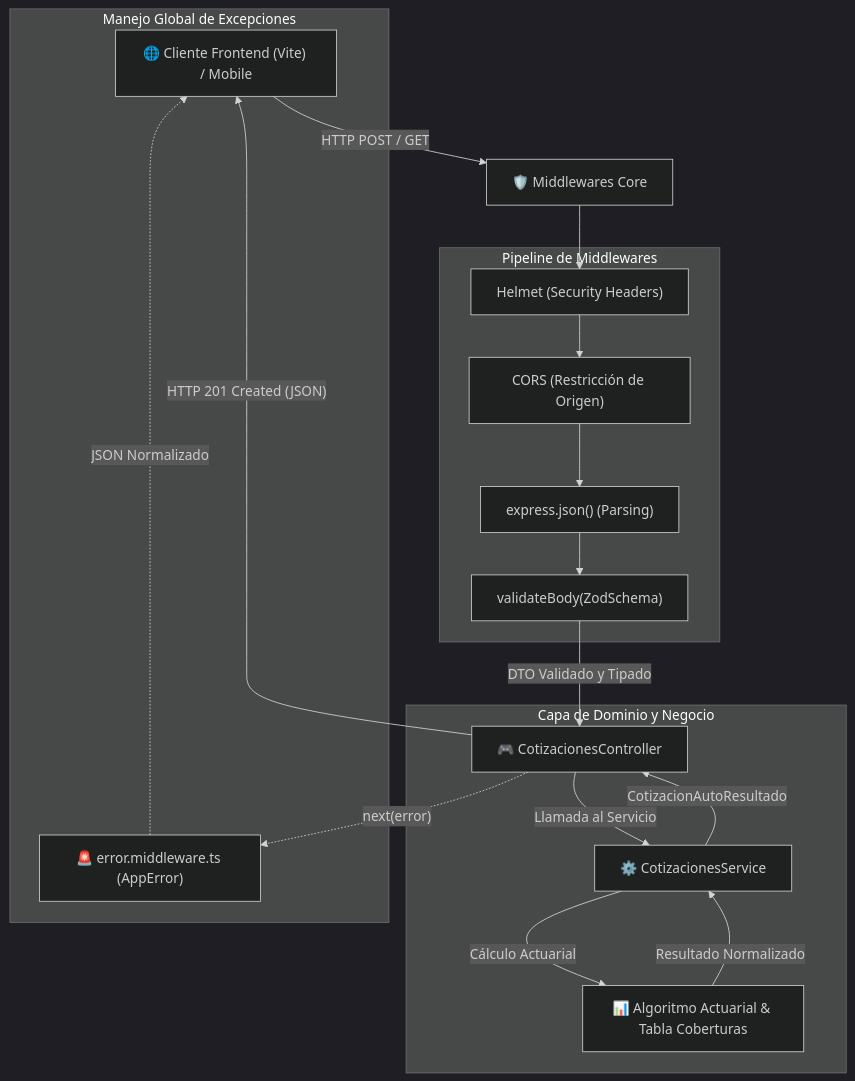
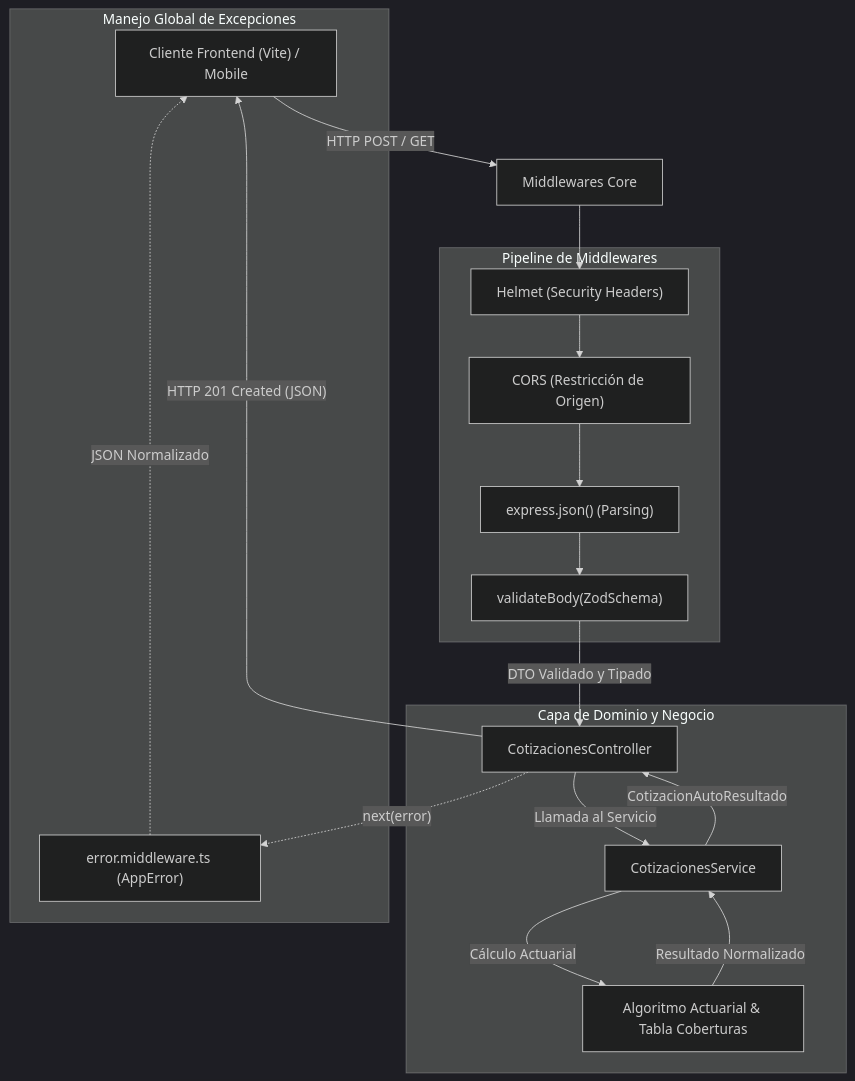
Before and after one commit to Ixion-Systems/SecureLife_BackEnd: the diagram in README.md, drawn with Mermaid (dark theme). The commit also changed other lines of this file and 1 other file, not shown here.

````diff
--- a/README.md
+++ b/README.md
@@ -53,28 +53,28 @@
 ```mermaid
 graph TD
-    Client["🌐 Cliente Frontend (Vite) / Mobile"] -->|"HTTP POST / GET"| Middlewares["🛡️ Middlewares Core"]
+    Client["Cliente Frontend (Vite) / Mobile"] -->|"HTTP POST / GET"| Middlewares["Middlewares Core"]
     
     subgraph MiddlewaresCore ["Pipeline de Middlewares"]
         M1["Helmet (Security Headers)"]
         M2["CORS (Restricción de Origen)"]
         M3["express.json() (Parsing)"]
         M4["validateBody(ZodSchema)"]
     end
     
     Middlewares --> M1 --> M2 --> M3 --> M4
-    M4 -->|"DTO Validado y Tipado"| Controller["🎮 CotizacionesController"]
+    M4 -->|"DTO Validado y Tipado"| Controller["CotizacionesController"]
     
     subgraph BusinessLayer ["Capa de Dominio y Negocio"]
-        Controller -->|"Llamada al Servicio"| Service["⚙️ CotizacionesService"]
-        Service -->|"Cálculo Actuarial"| Engine["📊 Algoritmo Actuarial & Tabla Coberturas"]
+        Controller -->|"Llamada al Servicio"| Service["CotizacionesService"]
+        Service -->|"Cálculo Actuarial"| Engine["Algoritmo Actuarial & Tabla Coberturas"]
         Engine -->|"Resultado Normalizado"| Service
     end
     
     Service -->|"CotizacionAutoResultado"| Controller
     Controller -->|"HTTP 201 Created (JSON)"| Client
 
     subgraph ErrorHandling ["Manejo Global de Excepciones"]
-        Controller -.->|"next(error)"| ErrorMW["🚨 error.middleware.ts (AppError)"]
+        Controller -.->|"next(error)"| ErrorMW["error.middleware.ts (AppError)"]
         ErrorMW -.->|"JSON Normalizado"| Client
     end
 ```
````
